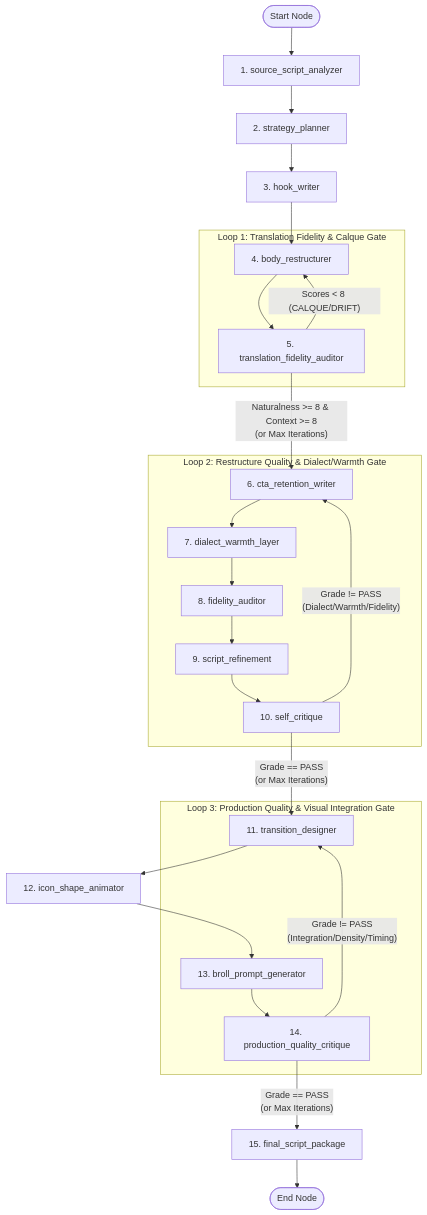
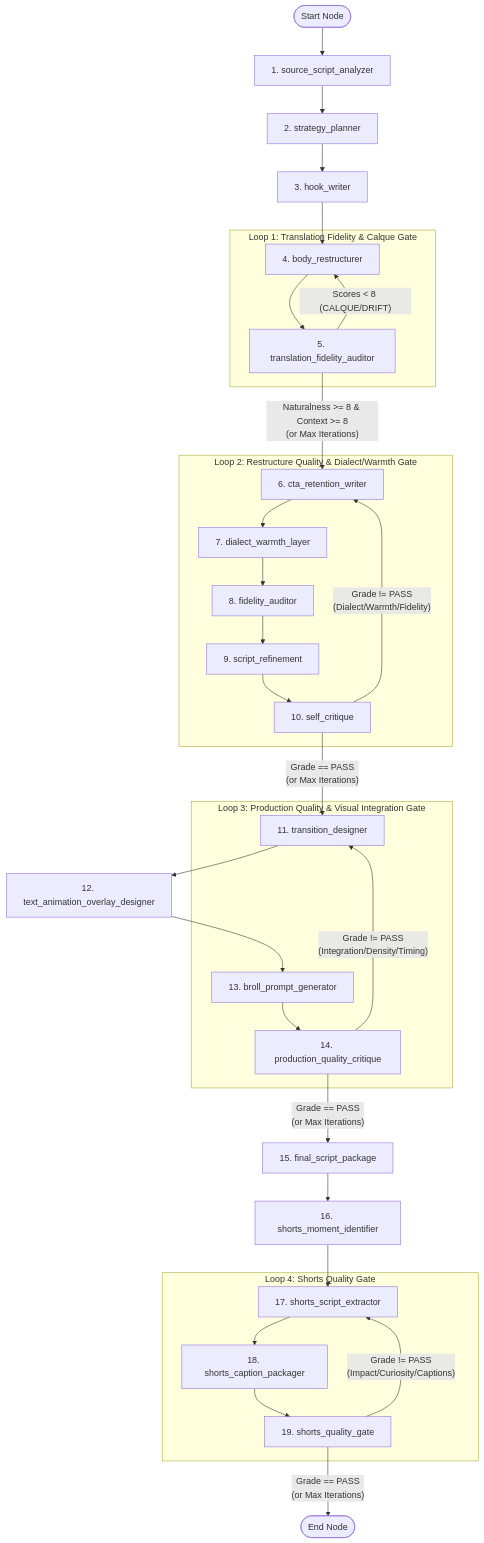
The diagram in langgraph_workflow.md (ahmedHosney600/Medical-Brain---English-subtitle-to-Ready-Production-video), drawn with Mermaid before and after one commit. The commit also changed other lines of this file and 37 other files, not shown here.

````diff
--- a/langgraph_workflow.md
+++ b/langgraph_workflow.md
@@ -34,34 +34,43 @@
 ```mermaid
 flowchart TD
     START([Start Node]) --> N1[1. source_script_analyzer]
     N1 --> N2[2. strategy_planner]
     N2 --> N3[3. hook_writer]
     N3 --> N4[4. body_restructurer]
     
     subgraph LOOP1 ["Loop 1: Translation Fidelity & Calque Gate"]
         N4 --> N5[5. translation_fidelity_auditor]
         N5 -- "Scores < 8 (CALQUE/DRIFT)" --> N4
     end
     
     N5 -- "Naturalness >= 8 & Context >= 8\n(or Max Iterations)" --> N6[6. cta_retention_writer]
     
     subgraph LOOP2 ["Loop 2: Restructure Quality & Dialect/Warmth Gate"]
         N6 --> N7[7. dialect_warmth_layer]
         N7 --> N8[8. fidelity_auditor]
         N8 --> N9[9. script_refinement]
         N9 --> N10[10. self_critique]
         N10 -- "Grade != PASS\n(Dialect/Warmth/Fidelity)" --> N6
     end
     
     N10 -- "Grade == PASS\n(or Max Iterations)" --> N11[11. transition_designer]
-    N11 --> N12[12. icon_shape_animator]
+    N11 --> N12[12. text_animation_overlay_designer]
     N12 --> N13[13. broll_prompt_generator]
 
     subgraph LOOP3 ["Loop 3: Production Quality & Visual Integration Gate"]
         N13 --> N14[14. production_quality_critique]
         N14 -- "Grade != PASS\n(Integration/Density/Timing)" --> N11
     end
 
     N14 -- "Grade == PASS\n(or Max Iterations)" --> N15[15. final_script_package]
-    N15 --> END([End Node])
+    N15 --> N16[16. shorts_moment_identifier]
+    N16 --> N17[17. shorts_script_extractor]
+
+    subgraph LOOP4 ["Loop 4: Shorts Quality Gate"]
+        N17 --> N18[18. shorts_caption_packager]
+        N18 --> N19[19. shorts_quality_gate]
+        N19 -- "Grade != PASS\n(Impact/Curiosity/Captions)" --> N17
+    end
+
+    N19 -- "Grade == PASS\n(or Max Iterations)" --> END([End Node])
 ```
````
